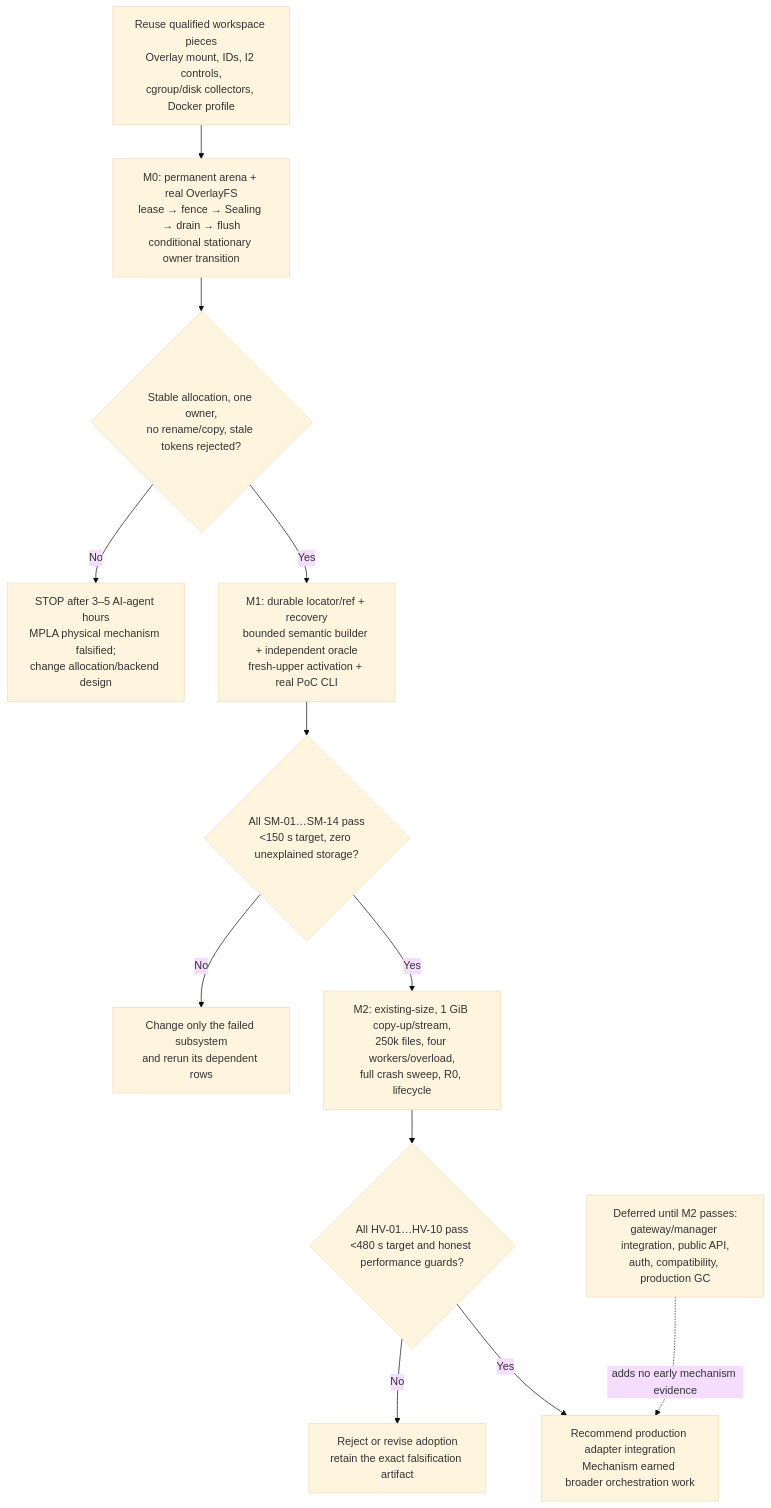
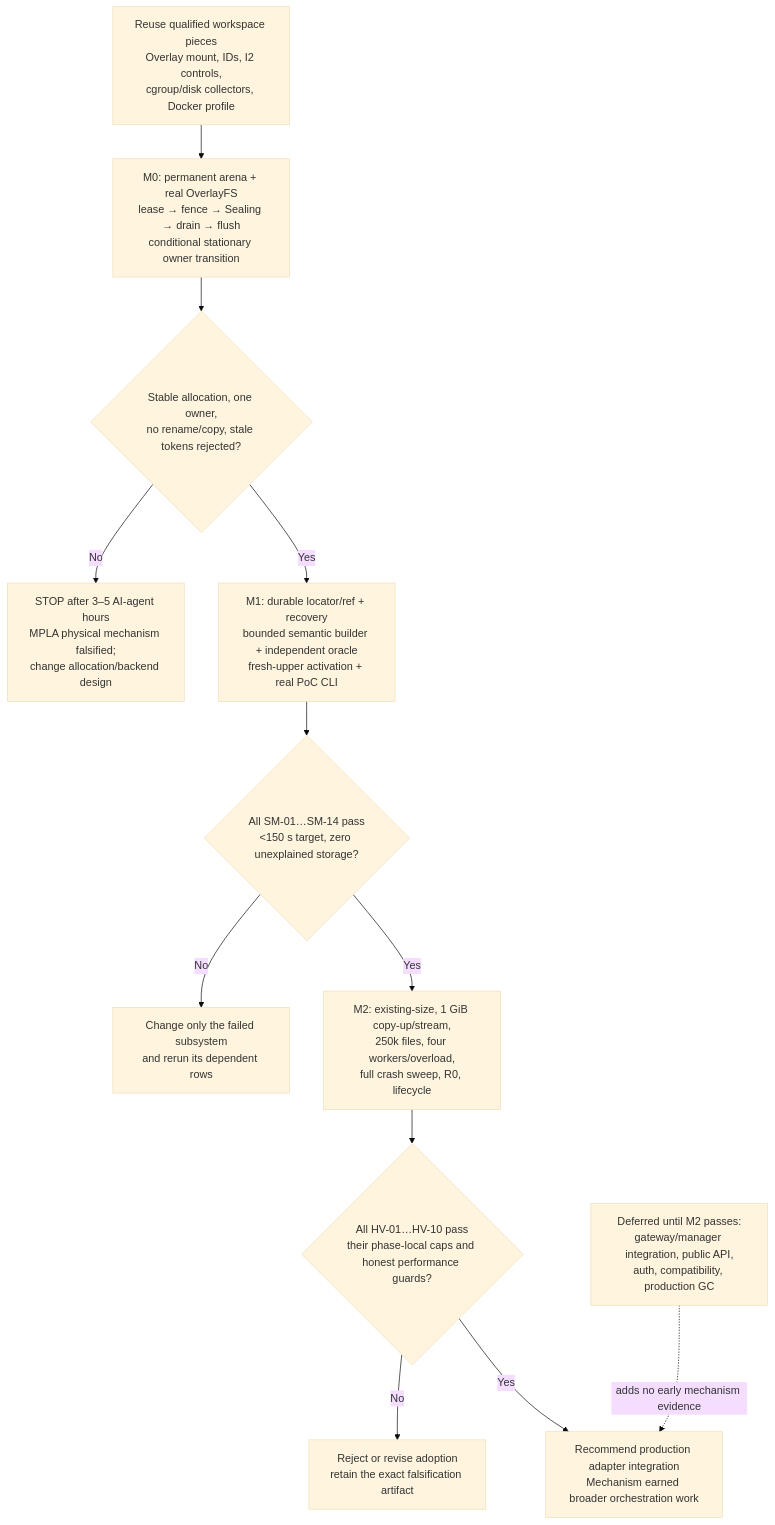
One commit to Ephemeral-AI-Lab/ephemeral-sandbox-docs changed the diagram in implementation-plan/2.0 migration/phase 1/implementation/stage_04_6_ultra_optimization/poc/implementation_plan.md. Above: the diagram before and after it, drawn with Mermaid (base theme). The commit also changed other lines of this file and 197 other files, not shown here.

````diff
--- a/implementation-plan/2.0 migration/phase 1/implementation/stage_04_6_ultra_optimization/poc/implementation_plan.md
+++ b/implementation-plan/2.0 migration/phase 1/implementation/stage_04_6_ultra_optimization/poc/implementation_plan.md
@@ -83,14 +114,14 @@
 ```mermaid
 flowchart TD
     A["Reuse qualified workspace pieces<br/>Overlay mount, IDs, I2 controls,<br/>cgroup/disk collectors, Docker profile"] --> B["M0: permanent arena + real OverlayFS<br/>lease → fence → Sealing → drain → flush<br/>conditional stationary owner transition"]
     B --> C{"Stable allocation, one owner,<br/>no rename/copy, stale tokens rejected?"}
     C -- "No" --> X["STOP after 3–5 AI-agent hours<br/>MPLA physical mechanism falsified;<br/>change allocation/backend design"]
     C -- "Yes" --> D["M1: durable locator/ref + recovery<br/>bounded semantic builder + independent oracle<br/>fresh-upper activation + real PoC CLI"]
     D --> E{"All SM-01…SM-14 pass<br/><150 s target, zero unexplained storage?"}
     E -- "No" --> Y["Change only the failed subsystem<br/>and rerun its dependent rows"]
     E -- "Yes" --> F["M2: existing-size, 1 GiB copy-up/stream,<br/>250k files, four workers/overload,<br/>full crash sweep, R0, lifecycle"]
-    F --> G{"All HV-01…HV-10 pass<br/><480 s target and honest performance guards?"}
+    F --> G{"All HV-01…HV-10 pass<br/>their phase-local caps and honest performance guards?"}
     G -- "No" --> Z["Reject or revise adoption<br/>retain the exact falsification artifact"]
     G -- "Yes" --> H["Recommend production adapter integration<br/>Mechanism earned broader orchestration work"]
     P["Deferred until M2 passes:<br/>gateway/manager integration, public API,<br/>auth, compatibility, production GC"] -.->|"adds no early mechanism evidence"| H
 ```
````
